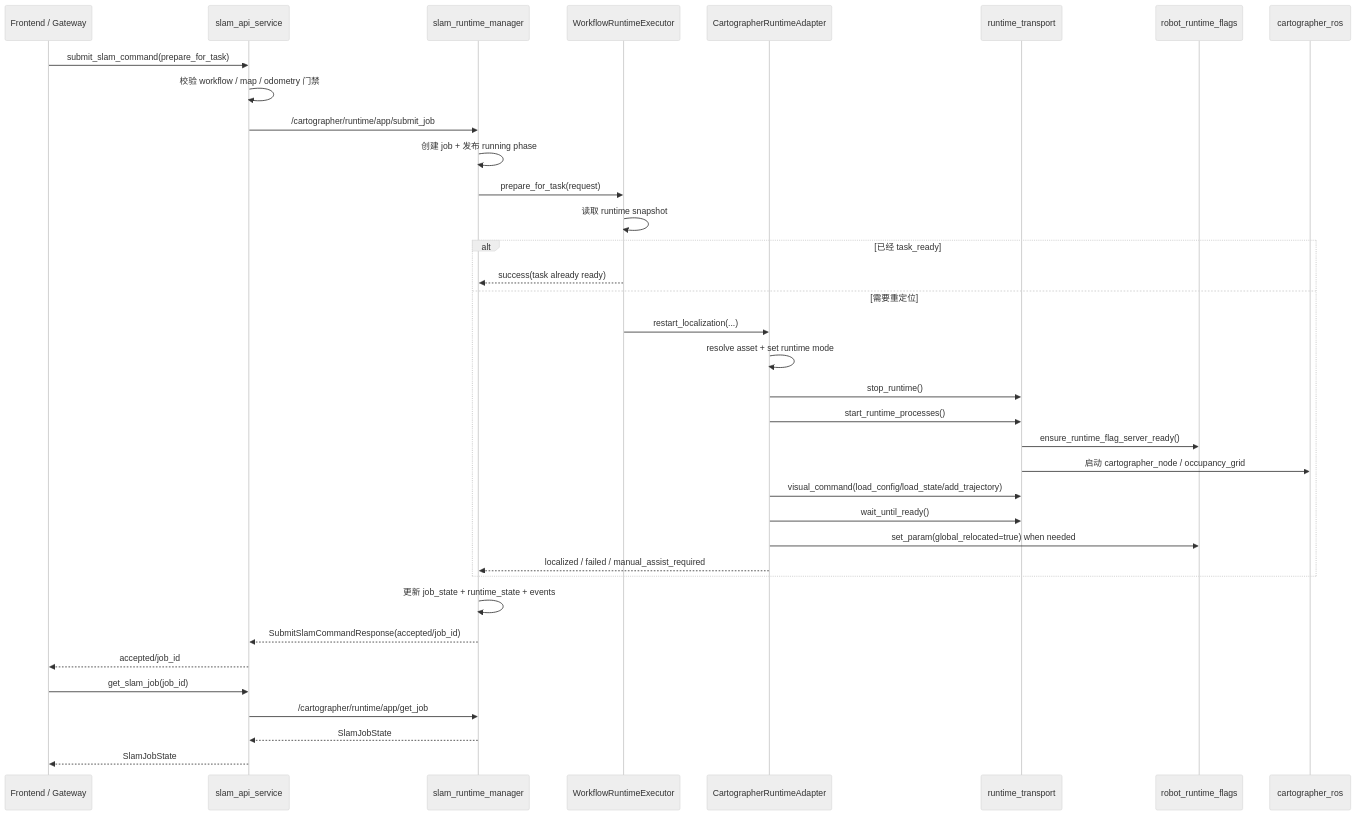
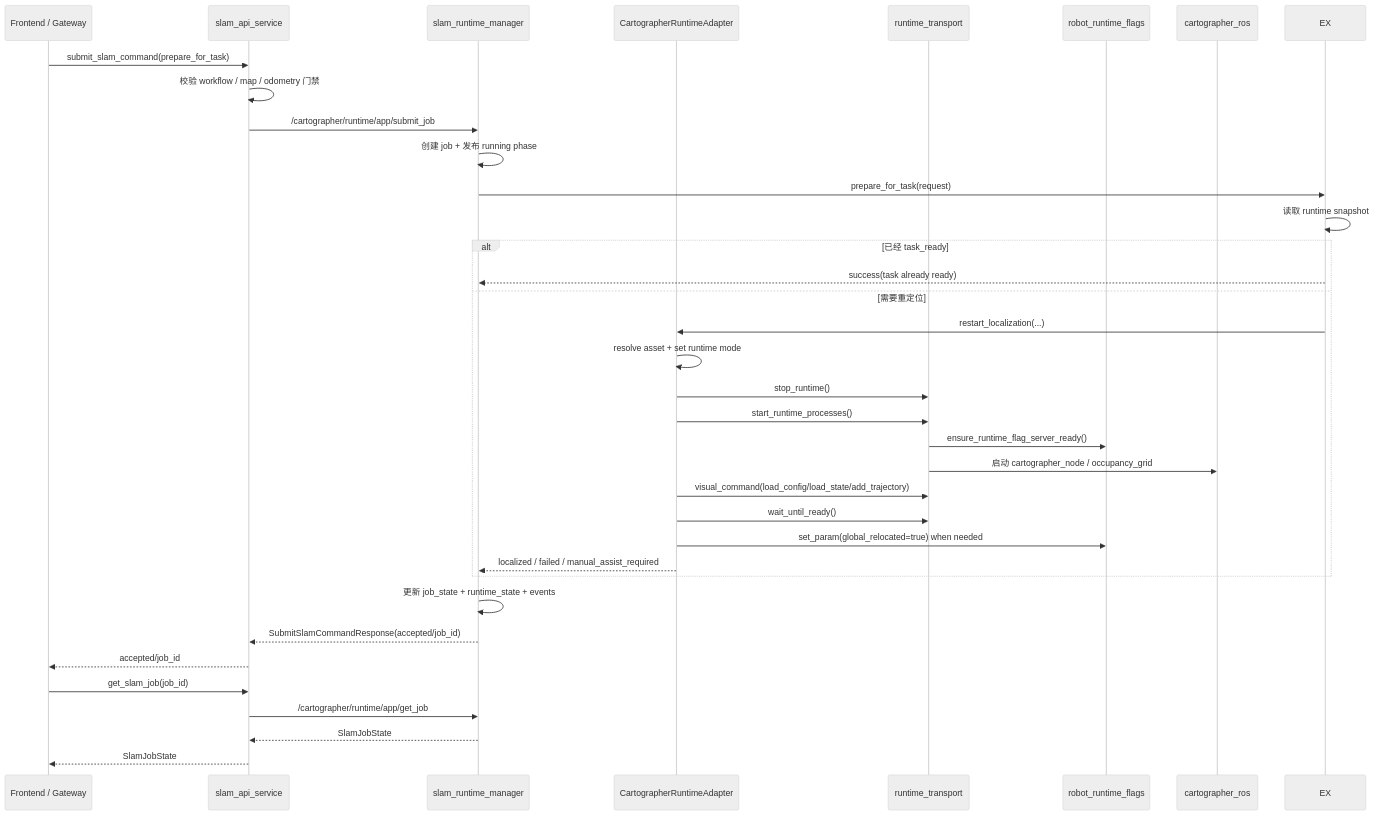
One commit to abc467/Doraemon changed the third of 7 diagrams in docs/slam_runtime_architecture_v1.md. Above: the diagram before and after it, drawn with Mermaid (neutral theme). The commit also changed other lines of this file and 47 other files, not shown here.

````diff
--- a/docs/slam_runtime_architecture_v1.md
+++ b/docs/slam_runtime_architecture_v1.md
@@ -442,39 +451,38 @@
 ```mermaid
 sequenceDiagram
     participant FE as Frontend / Gateway
     participant API as slam_api_service
     participant RT as slam_runtime_manager
-    participant EX as WorkflowRuntimeExecutor
     participant AD as CartographerRuntimeAdapter
     participant TR as runtime_transport
     participant RF as robot_runtime_flags
     participant CR as cartographer_ros
 
     FE->>API: submit_slam_command(prepare_for_task)
     API->>API: 校验 workflow / map / odometry 门禁
     API->>RT: /cartographer/runtime/app/submit_job
     RT->>RT: 创建 job + 发布 running phase
     RT->>EX: prepare_for_task(request)
     EX->>EX: 读取 runtime snapshot
     alt 已经 task_ready
         EX-->>RT: success(task already ready)
     else 需要重定位
         EX->>AD: restart_localization(...)
         AD->>AD: resolve asset + set runtime mode
         AD->>TR: stop_runtime()
         AD->>TR: start_runtime_processes()
         TR->>RF: ensure_runtime_flag_server_ready()
         TR->>CR: 启动 cartographer_node / occupancy_grid
         AD->>TR: visual_command(load_config/load_state/add_trajectory)
         AD->>TR: wait_until_ready()
         AD->>RF: set_param(global_relocated=true) when needed
         AD-->>RT: localized / failed / manual_assist_required
     end
     RT->>RT: 更新 job_state + runtime_state + events
     RT-->>API: SubmitSlamCommandResponse(accepted/job_id)
     API-->>FE: accepted/job_id
     FE->>API: get_slam_job(job_id)
     API->>RT: /cartographer/runtime/app/get_job
     RT-->>API: SlamJobState
     API-->>FE: SlamJobState
 ```
````
